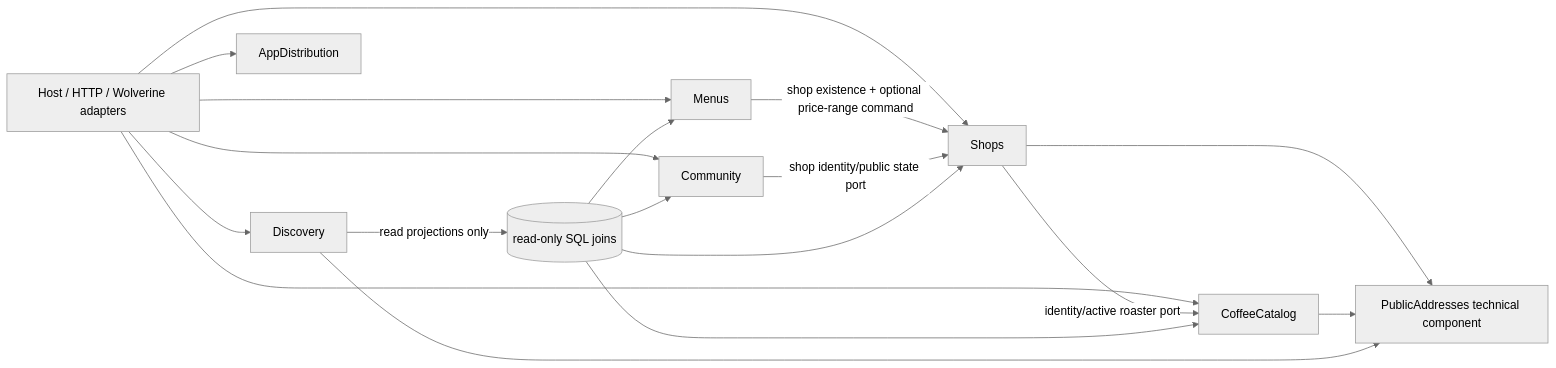
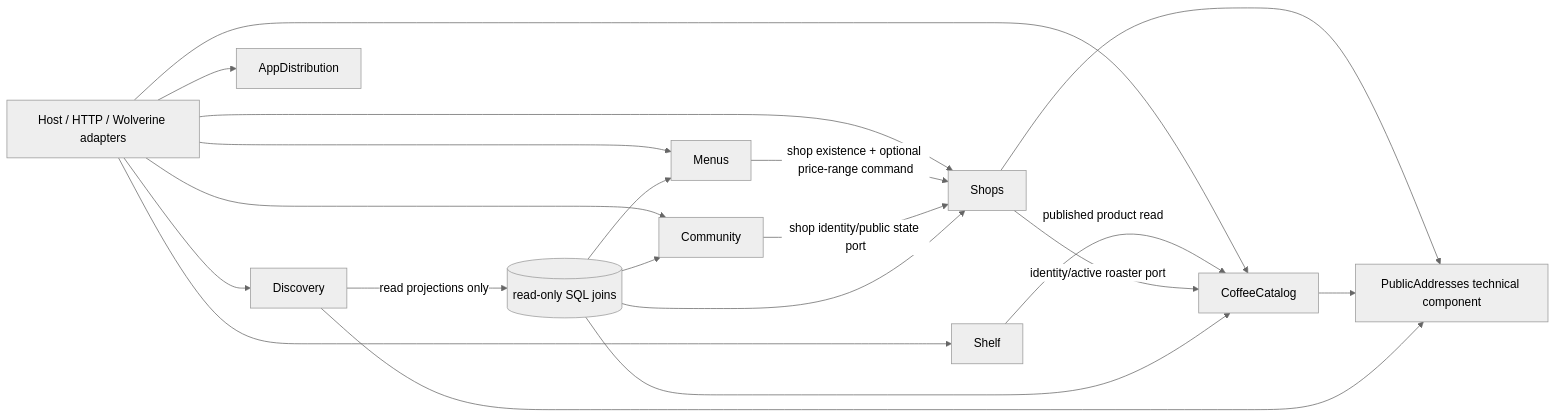
The diagram in docs/shops-module-ownership.md (CoffeePeek/coffeepeek-backend), drawn with Mermaid (neutral theme) before and after one commit. The commit also changed other lines of this file and 61 other files, not shown here.

First line of the commit message:
feat(shops): private coffee shelf API

````diff
--- a/docs/shops-module-ownership.md
+++ b/docs/shops-module-ownership.md
@@ -9,20 +9,22 @@
 ```mermaid
 flowchart LR
   Host[Host / HTTP / Wolverine adapters] --> Shops
   Host --> Menus
   Host --> Community
   Host --> CoffeeCatalog
   Host --> Discovery
   Host --> AppDistribution
+  Host --> Shelf
+  Shelf -->|published product read| CoffeeCatalog
   Shops -->|identity/active roaster port| CoffeeCatalog
   Menus -->|shop existence + optional price-range command| Shops
   Community -->|shop identity/public state port| Shops
   Discovery -->|read projections only| Read[(read-only SQL joins)]
   Read --> Shops
   Read --> Menus
   Read --> Community
   Read --> CoffeeCatalog
   Shops --> Addresses[PublicAddresses technical component]
   CoffeeCatalog --> Addresses
   Discovery --> Addresses
 ```
````
